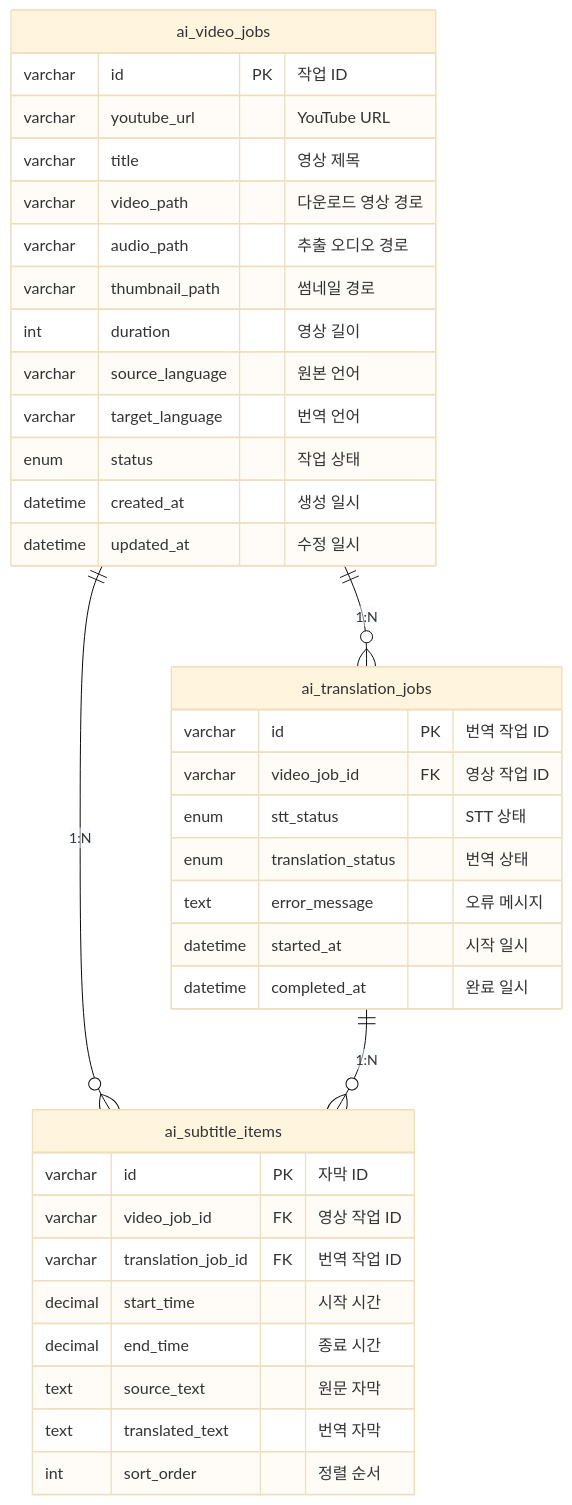
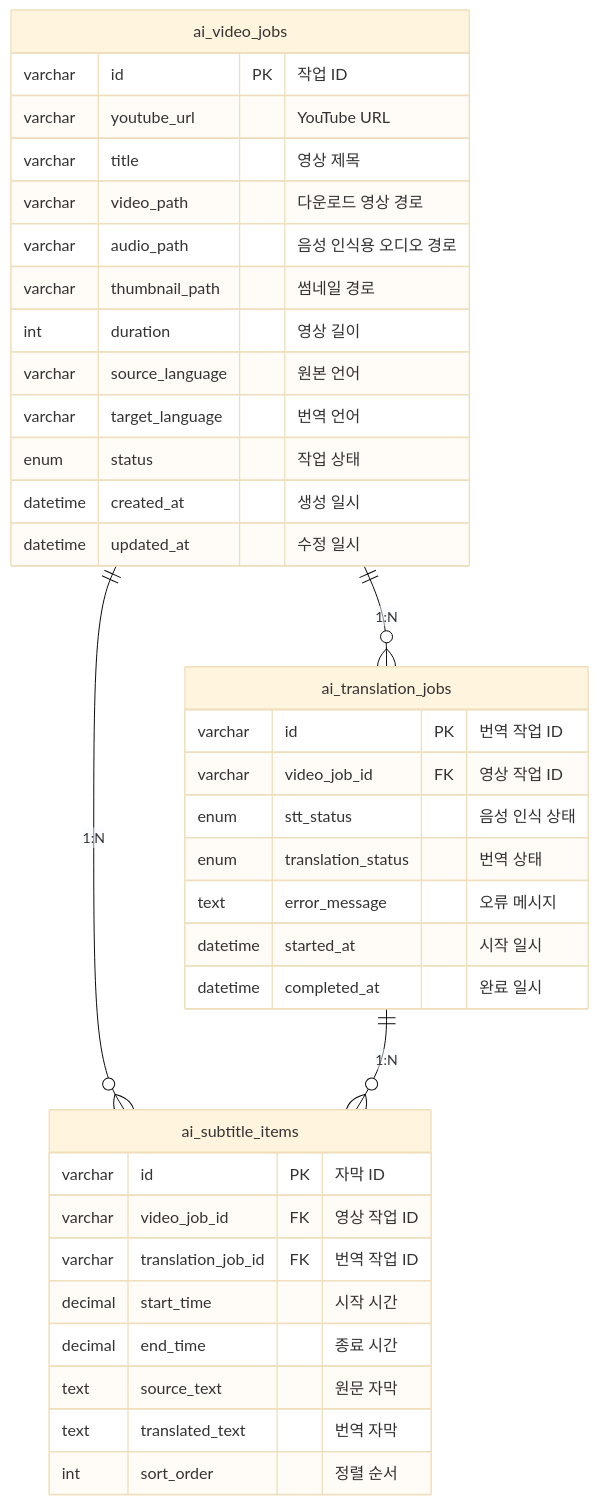
One commit to jun-seok816/video_slice changed the second of 2 diagrams in README.md. Above: the diagram before and after it, drawn with Mermaid (base theme). The commit also changed other lines of this file, not shown here.

````diff
--- a/README.md
+++ b/README.md
@@ -78,42 +91,42 @@
 ```mermaid
 erDiagram
     ai_video_jobs ||--o{ ai_subtitle_items : "1:N"
     ai_video_jobs ||--o{ ai_translation_jobs : "1:N"
     ai_translation_jobs ||--o{ ai_subtitle_items : "1:N"
 
     ai_video_jobs {
         varchar id PK "작업 ID"
         varchar youtube_url "YouTube URL"
         varchar title "영상 제목"
         varchar video_path "다운로드 영상 경로"
-        varchar audio_path "추출 오디오 경로"
+        varchar audio_path "음성 인식용 오디오 경로"
         varchar thumbnail_path "썸네일 경로"
         int duration "영상 길이"
         varchar source_language "원본 언어"
         varchar target_language "번역 언어"
         enum status "작업 상태"
         datetime created_at "생성 일시"
         datetime updated_at "수정 일시"
     }
 
     ai_translation_jobs {
         varchar id PK "번역 작업 ID"
         varchar video_job_id FK "영상 작업 ID"
-        enum stt_status "STT 상태"
+        enum stt_status "음성 인식 상태"
         enum translation_status "번역 상태"
         text error_message "오류 메시지"
         datetime started_at "시작 일시"
         datetime completed_at "완료 일시"
     }
 
     ai_subtitle_items {
         varchar id PK "자막 ID"
         varchar video_job_id FK "영상 작업 ID"
         varchar translation_job_id FK "번역 작업 ID"
         decimal start_time "시작 시간"
         decimal end_time "종료 시간"
         text source_text "원문 자막"
         text translated_text "번역 자막"
         int sort_order "정렬 순서"
     }
 ```
````
